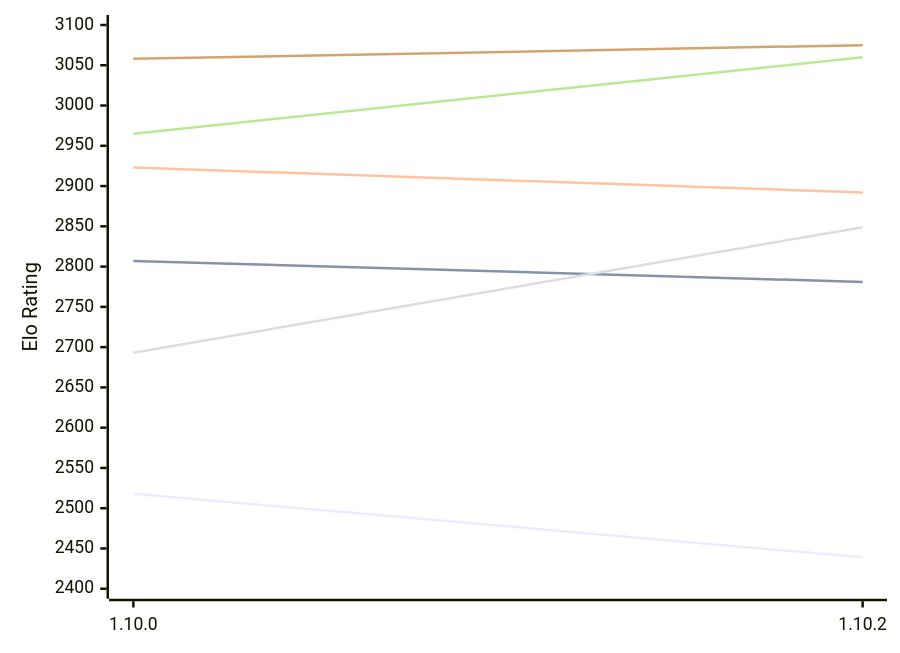
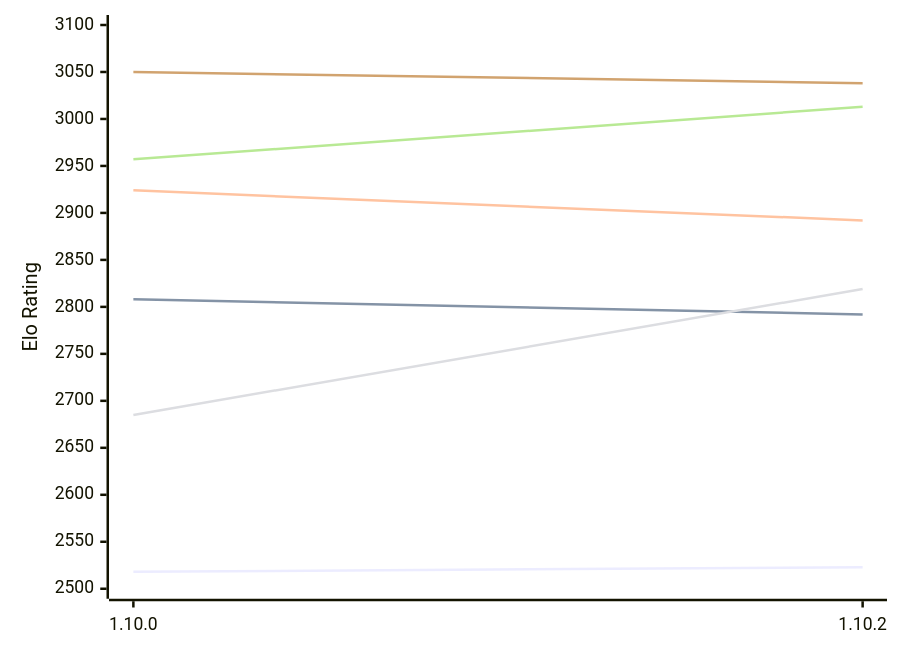
Before and after one commit to computer-chess-index/cci: the first of 2 diagrams in engines/Basilisk.md, drawn with Mermaid. The commit also changed other lines of this file, not shown here.

Commit message:
Update CCI Ratings (ELO VLTC) - 2026-10-12

````diff
--- a/engines/Basilisk.md
+++ b/engines/Basilisk.md
@@ -61,12 +61,12 @@
 ```mermaid
 %%{init: {"theme":"base","themeVariables":{"seriesColors:['#a3a3a3','#222221','#faa371']}}}%%
 xychart-beta
   x-axis ["1.10.0", "1.10.2"]
-  y-axis "Elo Rating" 2400 --> 3100
-  line "E1: STC (8.0+0.08s)" [2518, 2439]
-  line "E1: LTC (60.0+0.60s)" [2807, 2781]
-  line "E1: VLTC (2m24s+1.12s)" [2923, 2892]
-  line "P1: STC (8.0+0.08s)" [2693, 2849]
-  line "P1: LTC (60.0+0.60s)" [2965, 3060]
-  line "P1: VLTC (2m24s+1.12s)" [3058, 3075]
+  y-axis "Elo Rating" 2500 --> 3100
+  line "E1: STC (8.0+0.08s)" [2518, 2523]
+  line "E1: LTC (60.0+0.60s)" [2808, 2792]
+  line "E1: VLTC (2m24s+1.12s)" [2924, 2892]
+  line "P1: STC (8.0+0.08s)" [2685, 2819]
+  line "P1: LTC (60.0+0.60s)" [2957, 3013]
+  line "P1: VLTC (2m24s+1.12s)" [3050, 3038]
 ```
````
